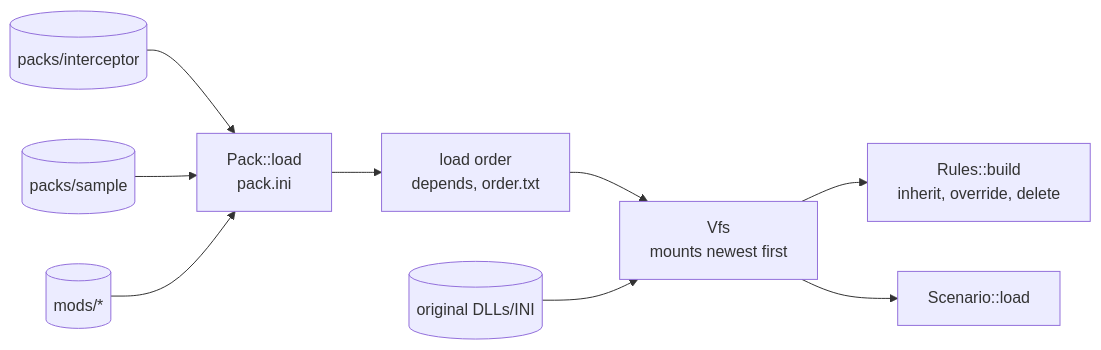
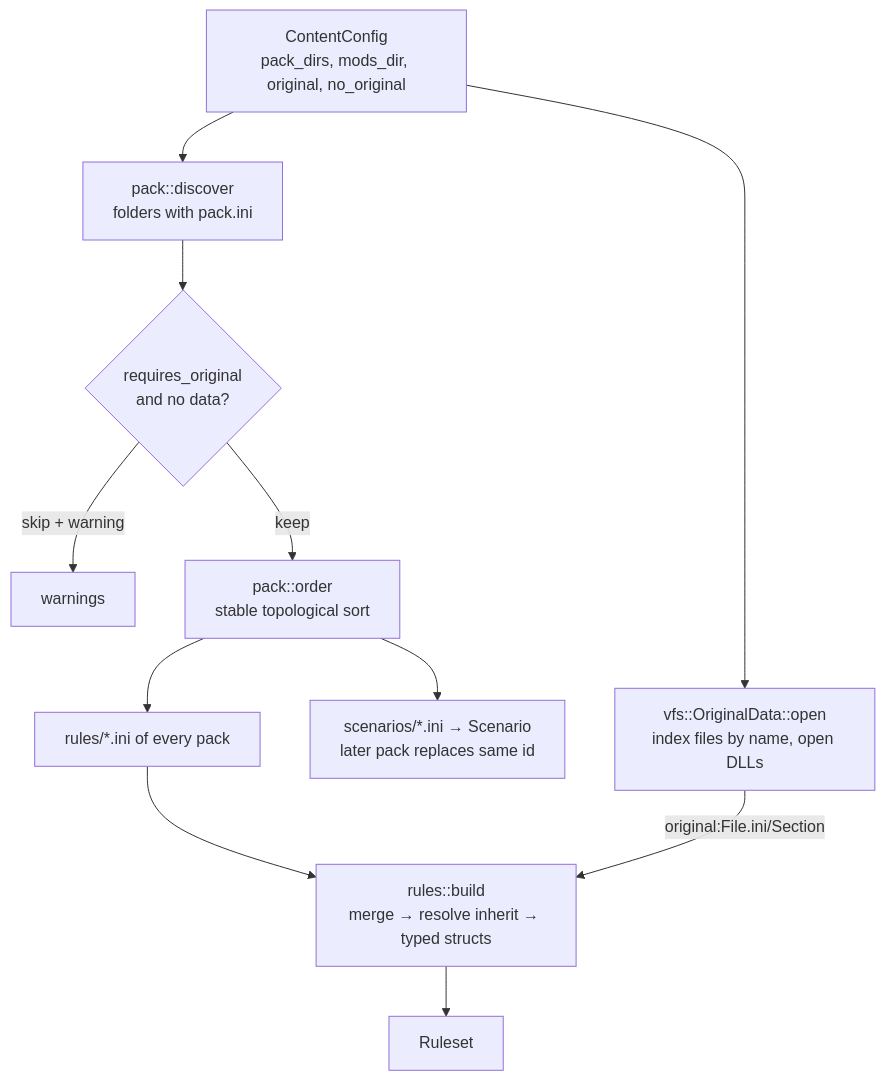
The diagram in docs/architecture/packs.md (bbogovich/OpenInterceptor), drawn with Mermaid before and after one commit. The commit also changed other lines of this file and 48 other files, not shown here.

````diff
--- a/docs/architecture/packs.md
+++ b/docs/architecture/packs.md
@@ -8,11 +10,13 @@
 ```mermaid
-flowchart LR
-    D1[("packs/interceptor")] --> L["Pack::load<br/>pack.ini"]
-    D2[("packs/sample")] --> L
-    D3[("mods/*")] --> L
-    L --> O["load order<br/>depends, order.txt"]
-    O --> V["Vfs<br/>mounts newest first"]
-    CD[("original DLLs/INI")] --> V
-    V --> R["Rules::build<br/>inherit, override, delete"]
-    V --> S["Scenario::load"]
+flowchart TD
+    CFG["ContentConfig<br/>pack_dirs, mods_dir, original, no_original"] --> D["pack::discover<br/>folders with pack.ini"]
+    D --> SK{"requires_original<br/>and no data?"}
+    SK -->|skip + warning| W["warnings"]
+    SK -->|keep| O["pack::order<br/>stable topological sort"]
+    CFG --> OD["vfs::OriginalData::open<br/>index files by name, open DLLs"]
+    O --> RS["rules/*.ini of every pack"]
+    RS --> B["rules::build<br/>merge → resolve inherit → typed structs"]
+    OD -->|"original:File.ini/Section"| B
+    B --> RU["Ruleset"]
+    O --> SC["scenarios/*.ini → Scenario<br/>later pack replaces same id"]
 ```
````
